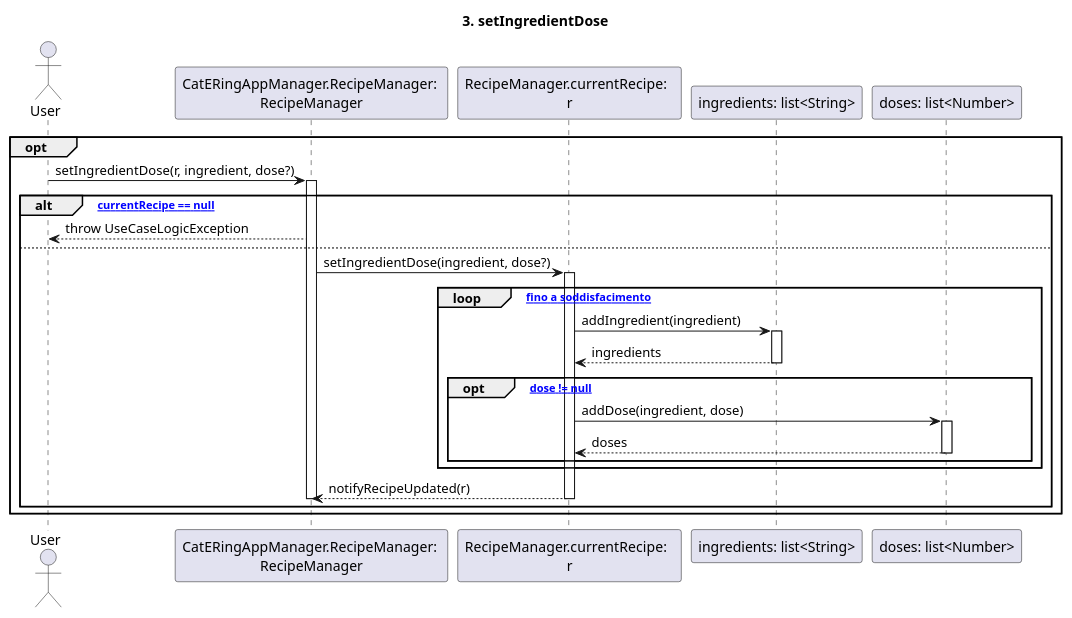
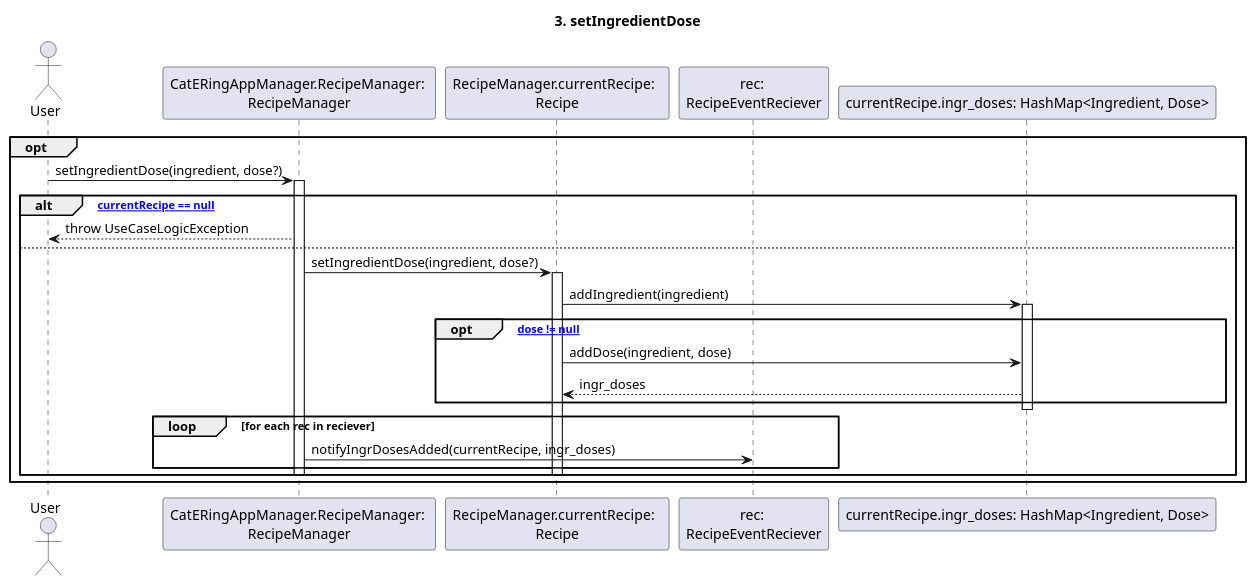
The diagram in dsd/dsd-ricette/3-setIngredientDose.md (m0canu1/sas), drawn with PlantUML before and after one commit. The commit also changed 2 other files, not shown here.

Commit message:
dsd ricette 2,3,6

````diff
--- a/dsd/dsd-ricette/3-setIngredientDose.md
+++ b/dsd/dsd-ricette/3-setIngredientDose.md
@@ -1,34 +1,33 @@
 ```plantuml
 title: 3. setIngredientDose
 
 Actor User
 Participant "CatERingAppManager.RecipeManager: \nRecipeManager" as RM
-Participant "RecipeManager.currentRecipe:  \nr" as CR
-
+Participant "RecipeManager.currentRecipe:  \nRecipe" as CR
+Participant "rec: \nRecipeEventReciever" as RER
 opt
-	User -> RM: setIngredientDose(r, ingredient, dose?)
+	User -> RM: setIngredientDose(ingredient, dose?)
 	Activate RM
 
 	alt ["currentRecipe == null"]
 		RM --> User: throw UseCaseLogicException
 	else 
 		RM -> CR: setIngredientDose(ingredient, dose?)
 		Activate CR
-		loop ["fino a soddisfacimento"]
-			CR -> "ingredients: list<String>": addIngredient(ingredient)
-			Activate "ingredients: list<String>"
-            "ingredients: list<String>" --> CR: ingredients
-			Deactivate "ingredients: list<String>"
+			CR -> "currentRecipe.ingr_doses: HashMap<Ingredient, Dose>": addIngredient(ingredient)
+			Activate "currentRecipe.ingr_doses: HashMap<Ingredient, Dose>"
+
             opt ["dose != null"]
-			    CR -> "doses: list<Number>": addDose(ingredient, dose)
-			    Activate "doses: list<Number>"
-                "doses: list<Number>" --> CR: doses
-			    Deactivate "doses: list<Number>"
+			    CR -> "currentRecipe.ingr_doses: HashMap<Ingredient, Dose>": addDose(ingredient, dose)
+                "currentRecipe.ingr_doses: HashMap<Ingredient, Dose>" --> CR: ingr_doses
             end
-		end
-        CR --> RM: notifyRecipeUpdated(r)
+        Deactivate "currentRecipe.ingr_doses: HashMap<Ingredient, Dose>" 
+        loop for each rec in reciever
+        RM -> RER: notifyIngrDosesAdded(currentRecipe, ingr_doses)
+        end
 		Deactivate CR
 		Deactivate RM
+        
 	end
 end
 ```
````
